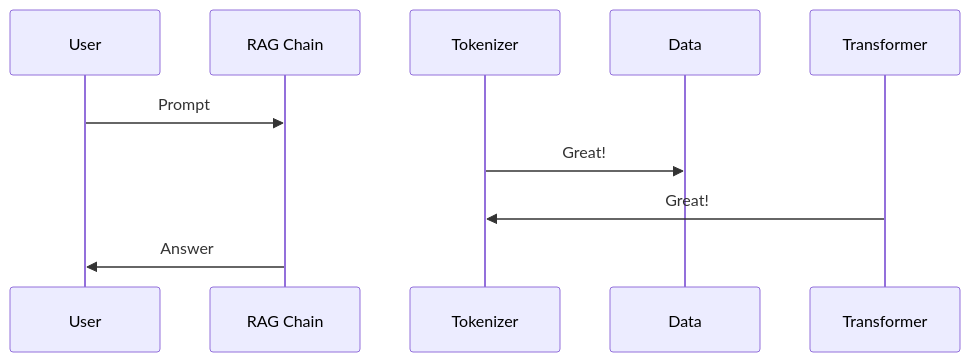
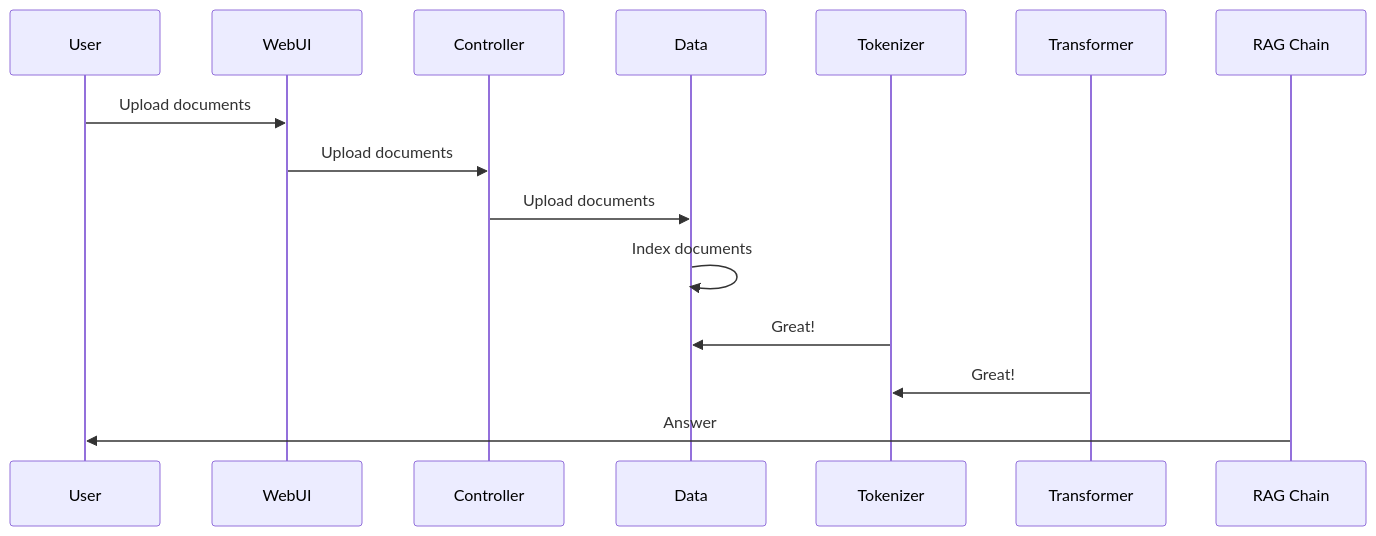
The diagram in README.md (mircomarahrens/mistral7b-awq-rag-demo), drawn with Mermaid before and after one commit. The commit also changed other lines of this file and 9 other files, not shown here.

````diff
--- a/README.md
+++ b/README.md
@@ -51,7 +72,11 @@
 ```mermaid
 sequenceDiagram
-    User->>RAG Chain: Prompt
+    User->>WebUI: Upload documents
+    WebUI->>Controller: Upload documents
+    Controller->>Data: Upload documents
+    Data->>Data: Index documents
+
     Tokenizer->>Data: Great!
     Transformer->>Tokenizer: Great!
     RAG Chain->>User: Answer
 ```
````
